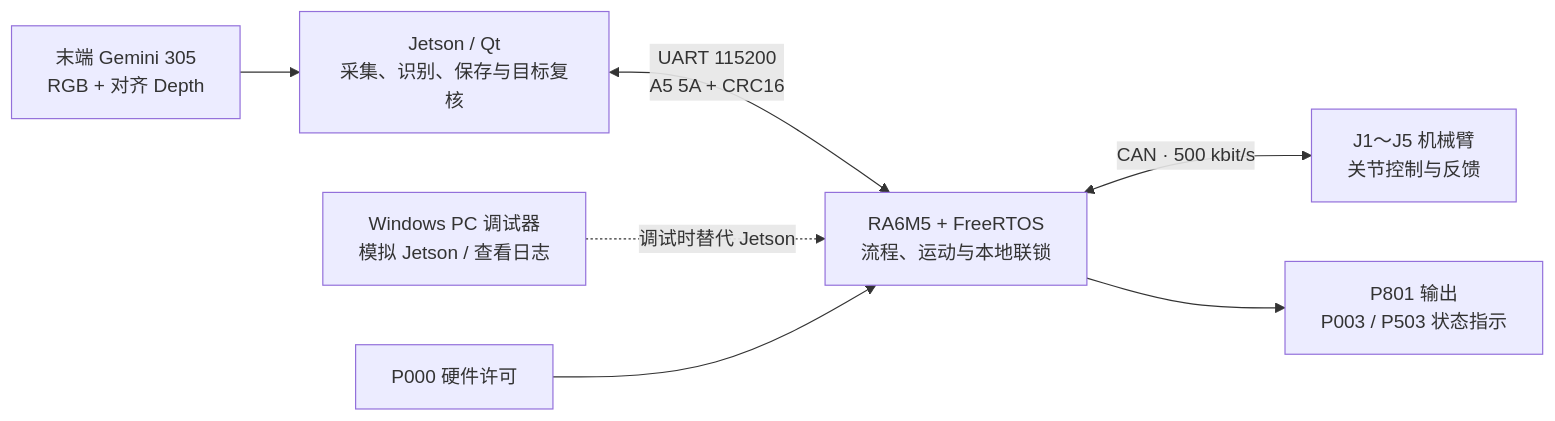
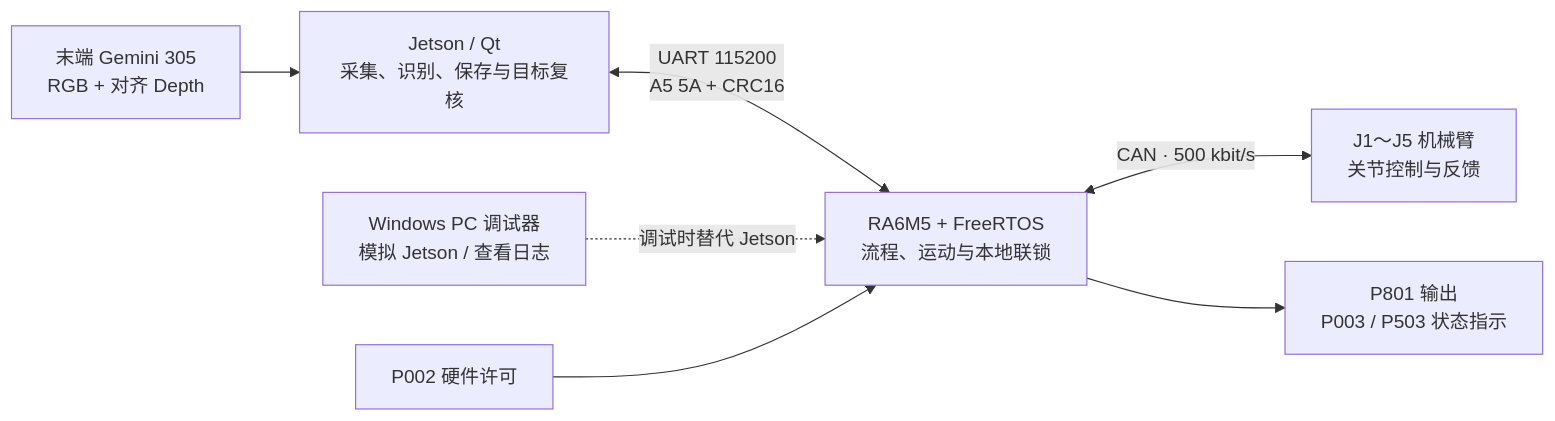
Before and after one commit to pzbc1502/Robot_FreeRTOS-Arm: the first of 2 diagrams in README.md, drawn with Mermaid. The commit also changed other lines of this file and 12 other files, not shown here.

````diff
--- a/README.md
+++ b/README.md
@@ -51,9 +53,9 @@
 ```mermaid
 flowchart LR
     Camera["末端 Gemini 305<br/>RGB + 对齐 Depth"] --> Jetson["Jetson / Qt<br/>采集、识别、保存与目标复核"]
     Jetson <-->|"UART 115200<br/>A5 5A + CRC16"| MCU["RA6M5 + FreeRTOS<br/>流程、运动与本地联锁"]
     PC["Windows PC 调试器<br/>模拟 Jetson / 查看日志"] -.->|"调试时替代 Jetson"| MCU
     MCU <-->|"CAN · 500 kbit/s"| Arm["J1～J5 机械臂<br/>关节控制与反馈"]
-    Button["P000 硬件许可"] --> MCU
+    Button["P002 硬件许可"] --> MCU
     MCU --> Output["P801 输出<br/>P003 / P503 状态指示"]
 ```
````
